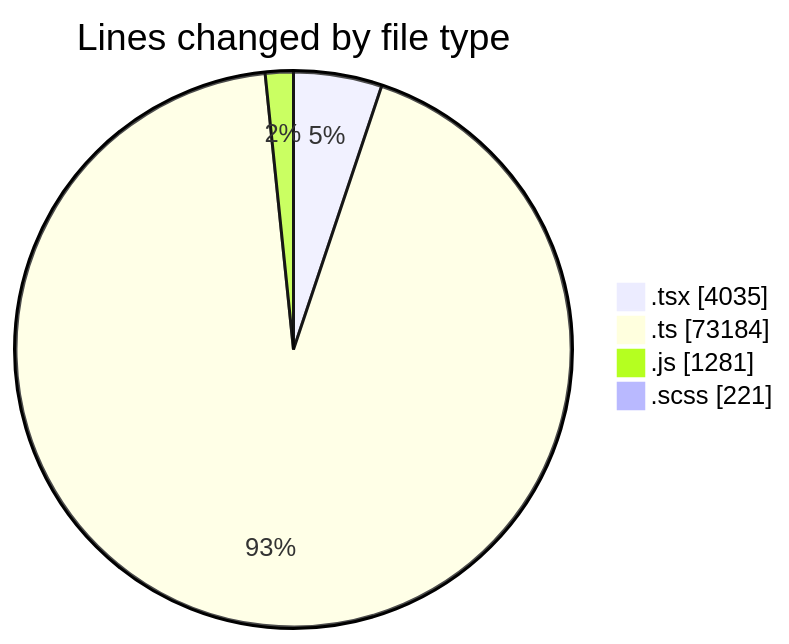
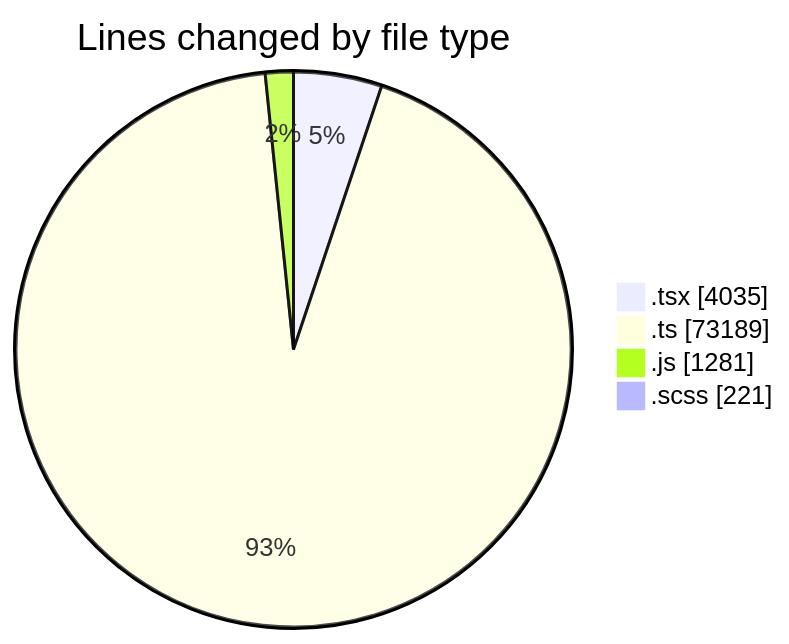
One commit to momahboobian/code-tracking changed the first of 2 diagrams in 2026-11-09/cda/README.md. Above: the diagram before and after it, drawn with Mermaid. The commit also changed other lines of this file and 1 other file, not shown here.

````diff
--- a/2026-11-09/cda/README.md
+++ b/2026-11-09/cda/README.md
@@ -59,8 +59,8 @@
 ```mermaid
 pie showData
 title Lines changed by file type
 ".tsx" : 4035
-".ts" : 73184
+".ts" : 73189
 ".js" : 1281
 ".scss" : 221
 ```
````
